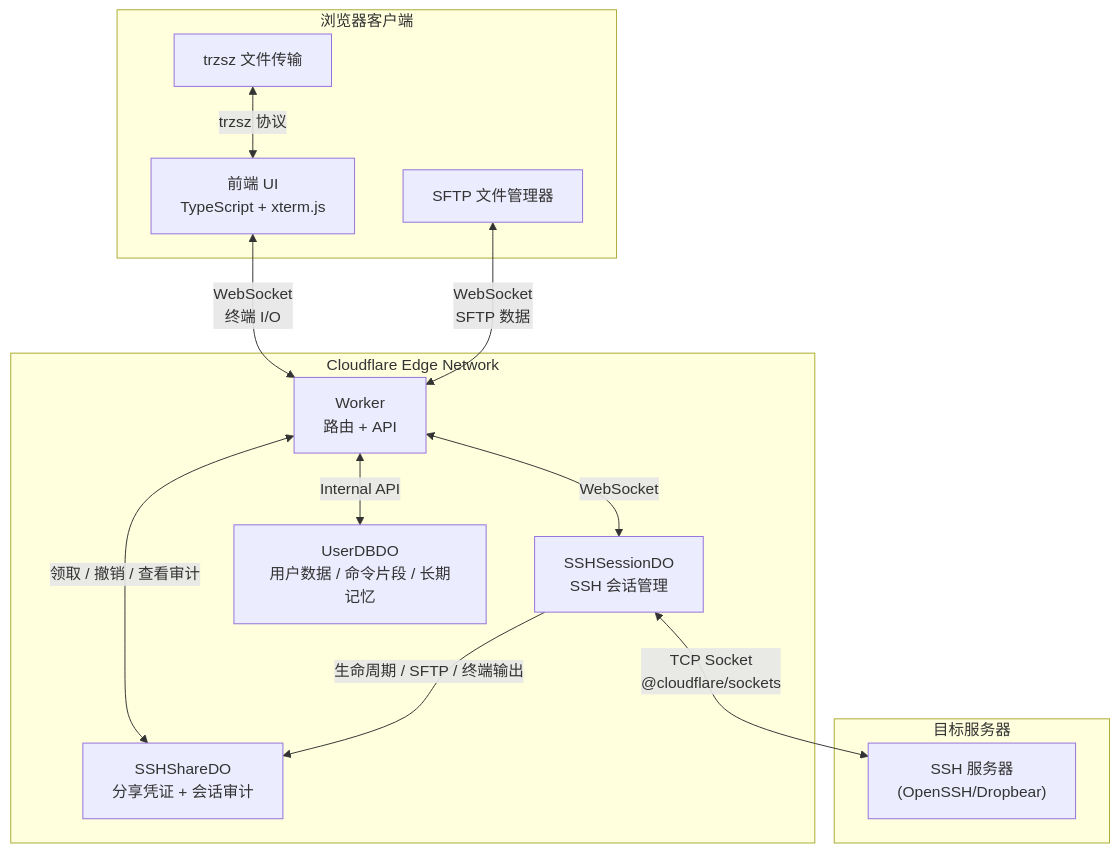
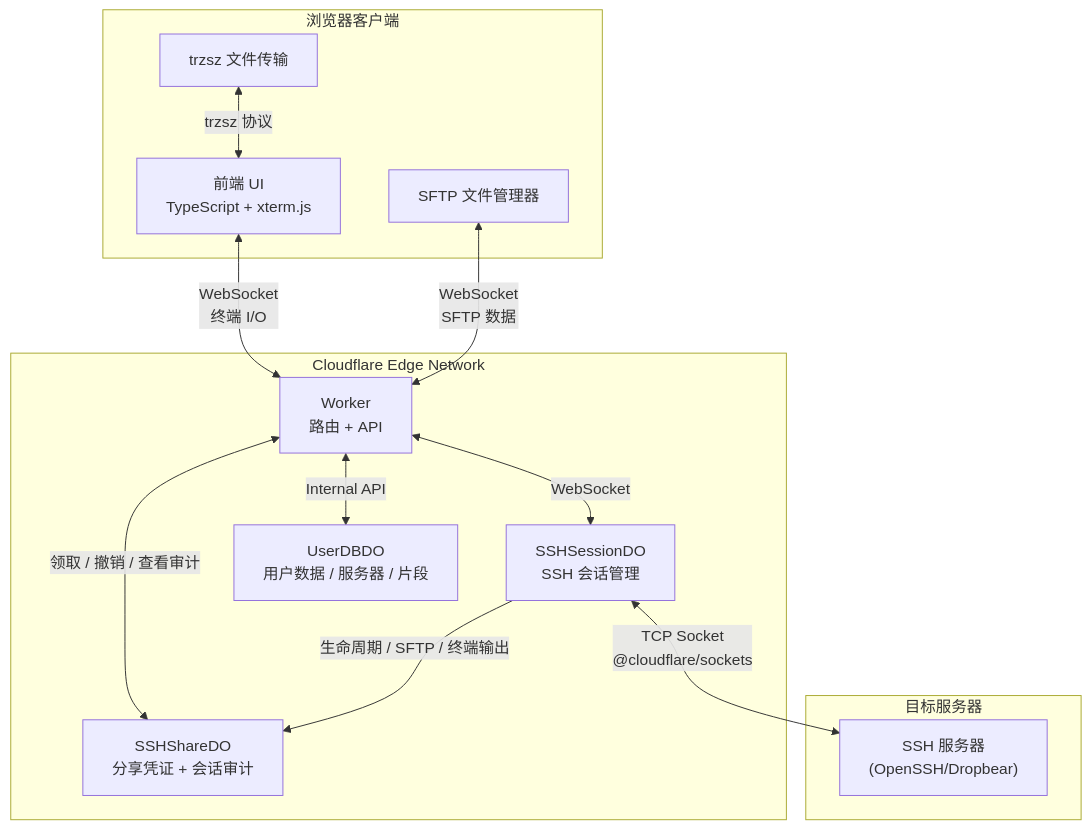
One commit to lemonhub-io/cloud-ssh changed the diagram in README.md. Above: the diagram before and after it, drawn with Mermaid. The commit also changed other lines of this file and 9 other files, not shown here.

````diff
--- a/README.md
+++ b/README.md
@@ -128,28 +56,28 @@
 ```mermaid
 flowchart TB
     subgraph "浏览器客户端"
         UI["前端 UI<br/>TypeScript + xterm.js"]
         SFTP["SFTP 文件管理器"]
         Trzsz["trzsz 文件传输"]
     end
 
     subgraph "Cloudflare Edge Network"
         Worker["Worker<br/>路由 + API"]
         SSH_DO["SSHSessionDO<br/>SSH 会话管理"]
-        User_DO["UserDBDO<br/>用户数据 / 命令片段 / 长期记忆"]
+        User_DO["UserDBDO<br/>用户数据 / 服务器 / 片段"]
         Share_DO["SSHShareDO<br/>分享凭证 + 会话审计"]
     end
 
     subgraph "目标服务器"
         SSH["SSH 服务器<br/>(OpenSSH/Dropbear)"]
     end
 
     UI <-->|"WebSocket<br/>终端 I/O"| Worker
     SFTP <-->|"WebSocket<br/>SFTP 数据"| Worker
     Trzsz <-->|"trzsz 协议"| UI
     Worker <-->|"WebSocket"| SSH_DO
     Worker <-->|"Internal API"| User_DO
     Worker <-->|"领取 / 撤销 / 查看审计"| Share_DO
     SSH_DO -->|"生命周期 / SFTP / 终端输出"| Share_DO
     SSH_DO <-->|"TCP Socket<br/>@cloudflare/sockets"| SSH
 ```
````
